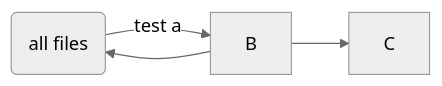
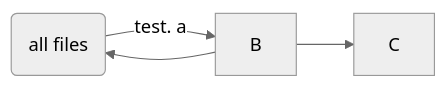
The second of 2 diagrams in README.md (plchagnon/Lonicera---Coralie), drawn with Mermaid (neutral theme) before and after one commit.

````diff
--- a/README.md
+++ b/README.md
@@ -80,5 +80,5 @@
 ```mermaid
 flowchart LR
-a(all files)-- test a -->B
+a(all files)-- test. a -->B
 B-->C & a
 ```
````
